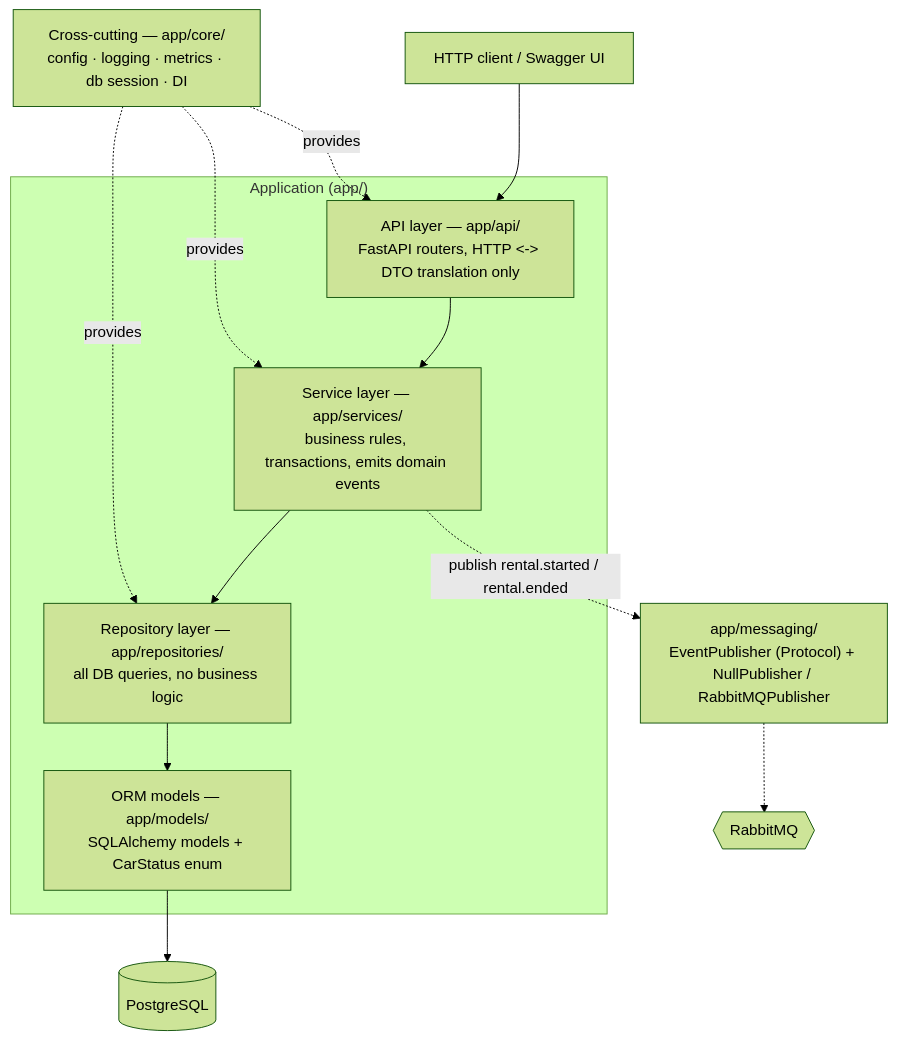
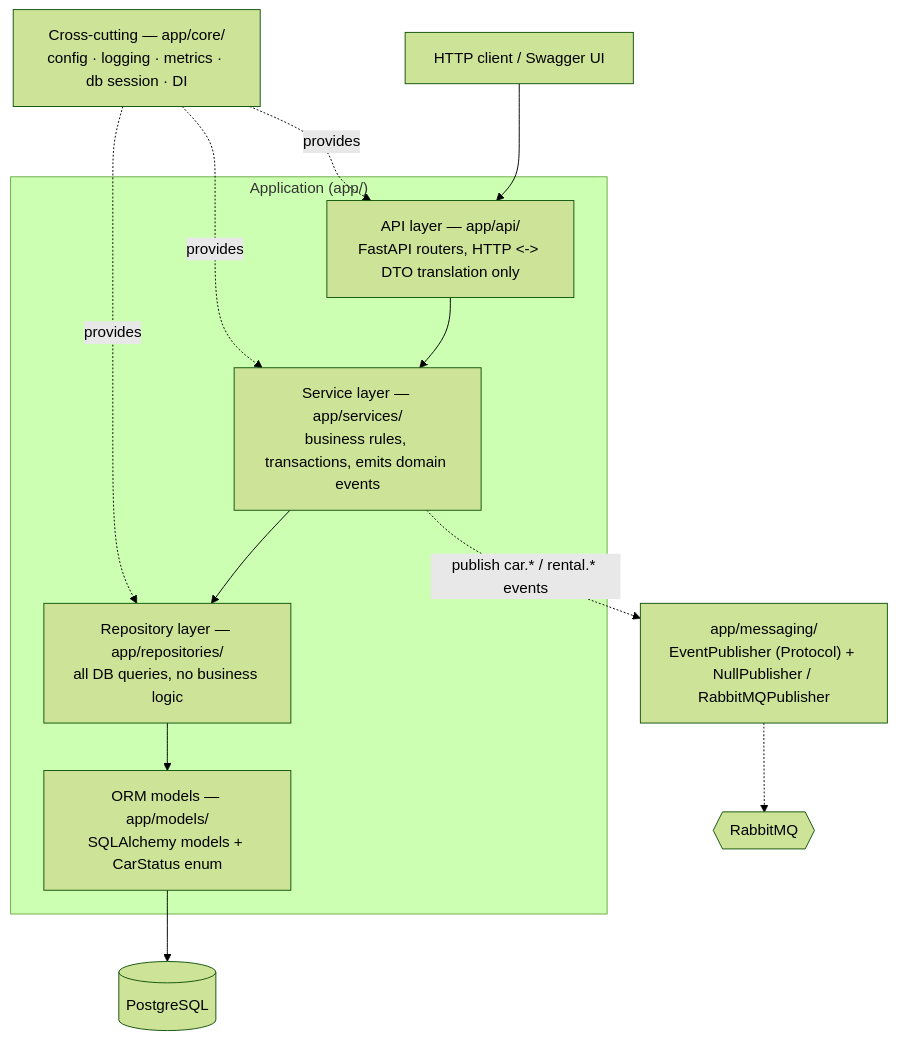
One commit to renanaya48/DriveNow changed the first of 5 diagrams in docs/architecture.md. Above: the diagram before and after it, drawn with Mermaid (forest theme). The commit also changed 5 other files, not shown here.

First line of the commit message:
docs: README overview diagram, quickstart, and screenshots

````diff
--- a/docs/architecture.md
+++ b/docs/architecture.md
@@ -16,21 +16,21 @@
 ```mermaid
 flowchart TD
     client["HTTP client / Swagger UI"]
     subgraph app["Application (app/)"]
         api["API layer — app/api/\nFastAPI routers, HTTP <-> DTO translation only"]
         svc["Service layer — app/services/\nbusiness rules, transactions, emits domain events"]
         repo["Repository layer — app/repositories/\nall DB queries, no business logic"]
         models["ORM models — app/models/\nSQLAlchemy models + CarStatus enum"]
     end
     db[("PostgreSQL")]
     mq{{"RabbitMQ"}}
 
     core["Cross-cutting — app/core/\nconfig · logging · metrics · db session · DI"]
     pub["app/messaging/\nEventPublisher (Protocol) + NullPublisher / RabbitMQPublisher"]
 
     client --> api --> svc --> repo --> models --> db
-    svc -.->|publish rental.started / rental.ended| pub -.-> mq
+    svc -.->|publish car.* / rental.* events| pub -.-> mq
     core -.provides.-> api
     core -.provides.-> svc
     core -.provides.-> repo
 ```
````
